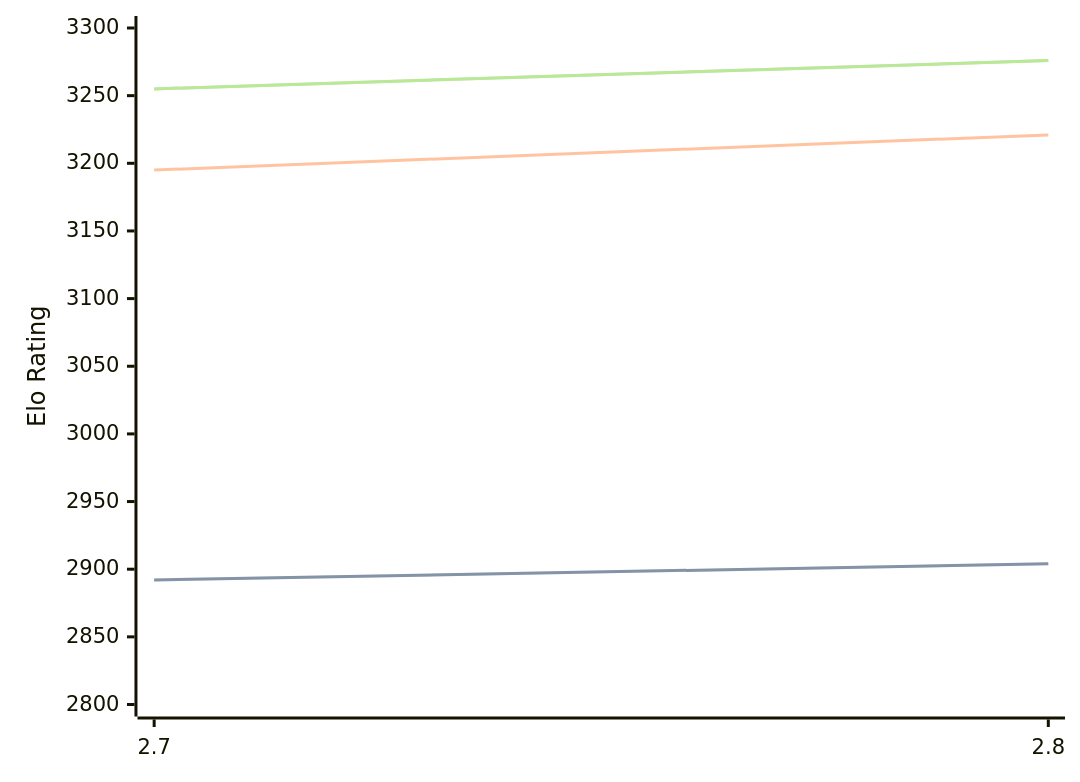
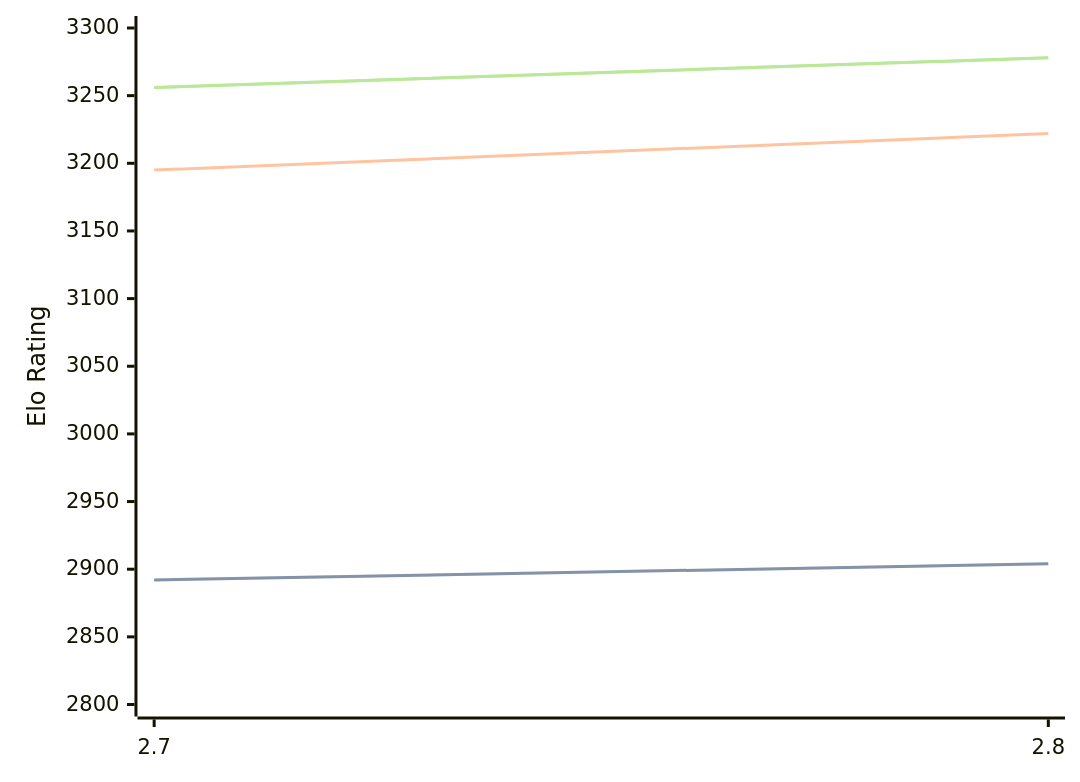
Before and after one commit to computer-chess-index/cci: the diagram in engines/Arcanum.md, drawn with Mermaid. The commit also changed other lines of this file, not shown here.

Commit message:
Update CCI Ratings (ELO VLTC) - 2026-08-19

````diff
--- a/engines/Arcanum.md
+++ b/engines/Arcanum.md
@@ -32,11 +32,11 @@
 ```mermaid
 %%{init: {"theme":"base","themeVariables":{"seriesColors:['#a3a3a3','#222221','#faa371']}}}%%
 xychart-beta
   x-axis ["2.7", "2.8"]
   y-axis "Elo Rating" 2800 --> 3300
   line "STC (8.0+0.08s)" [2892, 2904]
   line "STC (8.0+0.08s)" [2892, 2904]
-  line "LTC (60.0+0.60s)" [3195, 3221]
-  line "VLTC (2m24s+1.12s)" [3255, 3276]
-  line "VLTC (2m24s+1.12s)" [3255, 3276]
+  line "LTC (60.0+0.60s)" [3195, 3222]
+  line "VLTC (2m24s+1.12s)" [3256, 3278]
+  line "VLTC (2m24s+1.12s)" [3256, 3278]
 ```
````
